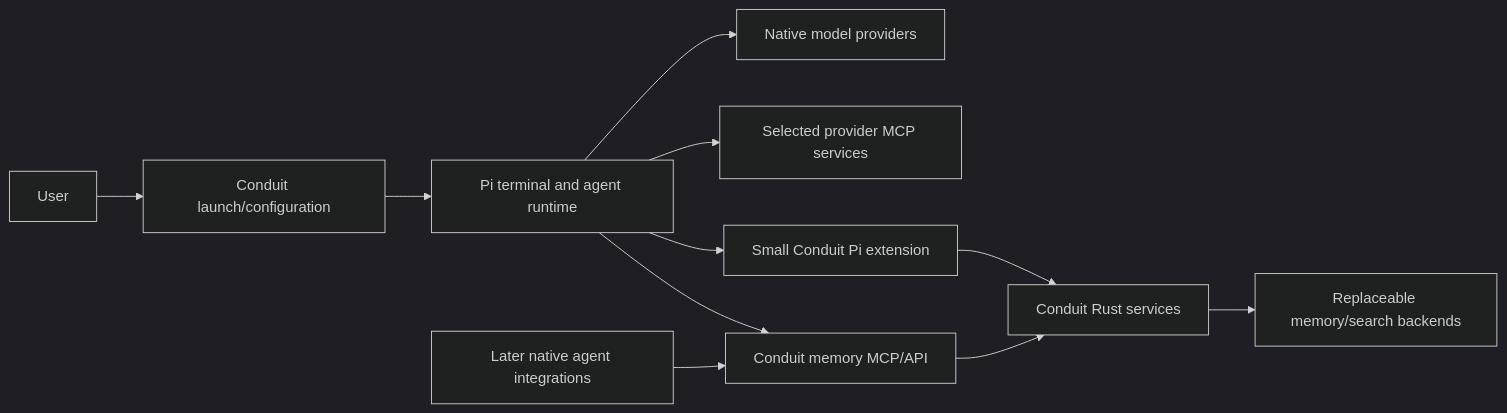
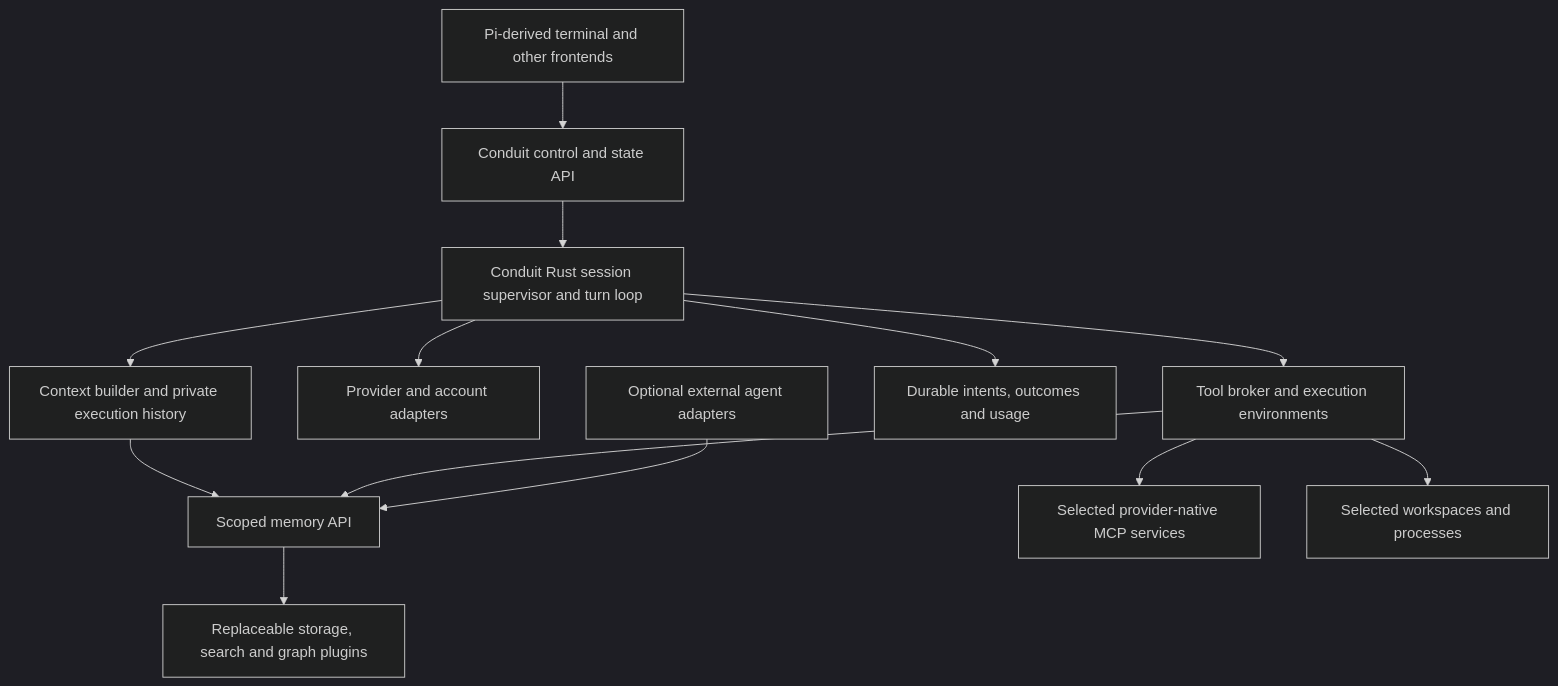
The diagram in RESEARCH_PI.md (shrav-k/conduit), drawn with Mermaid (dark theme) before and after one commit. The commit also changed other lines of this file and 4 other files, not shown here.

Commit message:
Define Conduit-owned runtime and research Pi frontend and Durable

````diff
--- a/RESEARCH_PI.md
+++ b/RESEARCH_PI.md
@@ -130,13 +417,15 @@
 ```mermaid
-flowchart LR
-    User --> Launcher[Conduit launch/configuration]
-    Launcher --> Pi[Pi terminal and agent runtime]
-    Pi --> Models[Native model providers]
-    Pi --> NativeMCP[Selected provider MCP services]
-    Pi --> Bridge[Small Conduit Pi extension]
-    Bridge --> Core[Conduit Rust services]
-    Pi --> MemoryAPI[Conduit memory MCP/API]
-    MemoryAPI --> Core
-    Core --> Backends[Replaceable memory/search backends]
-    Other[Later native agent integrations] --> MemoryAPI
+flowchart TB
+    UI[Pi-derived terminal and other frontends] --> API[Conduit control and state API]
+    API --> Runtime[Conduit Rust session supervisor and turn loop]
+    Runtime --> Context[Context builder and private execution history]
+    Runtime --> Providers[Provider and account adapters]
+    Runtime --> Broker[Tool broker and execution environments]
+    Runtime --> Store[Durable intents, outcomes and usage]
+    Context --> Memory[Scoped memory API]
+    Broker --> MCP[Selected provider-native MCP services]
+    Broker --> Files[Selected workspaces and processes]
+    Broker --> Memory
+    Memory --> Backends[Replaceable storage, search and graph plugins]
+    External[Optional external agent adapters] --> Memory
 ```
````
